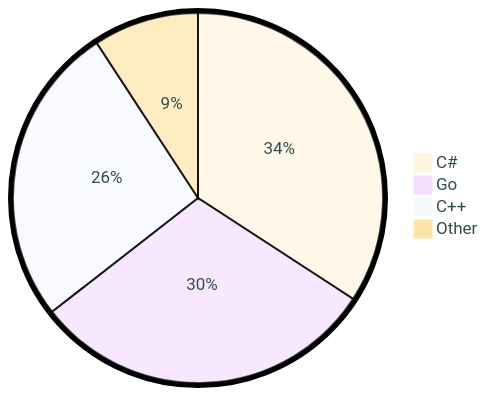
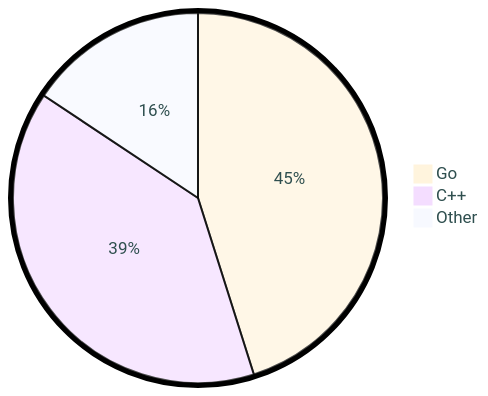
Before and after one commit to tot0p/tot0p: the diagram in README.md, drawn with Mermaid. The commit also changed other lines of this file, not shown here.

````diff
--- a/README.md
+++ b/README.md
@@ -76,8 +76,7 @@
 ```mermaid
 %%{init: {"pie": {"textPosition": 0.5}, "themeVariables": {"pieOuterStrokeWidth": "5px","primaryTextColor" : "#2F4F4F"},"theme":"base"} }%%
 pie
-	"C#": 34.18
-	"Go": 30.29
-	"C++": 26.33
-	"Other": 9.21
+	"Go": 45.12
+	"C++": 39.22
+	"Other": 15.659999999999998
 ```
````
